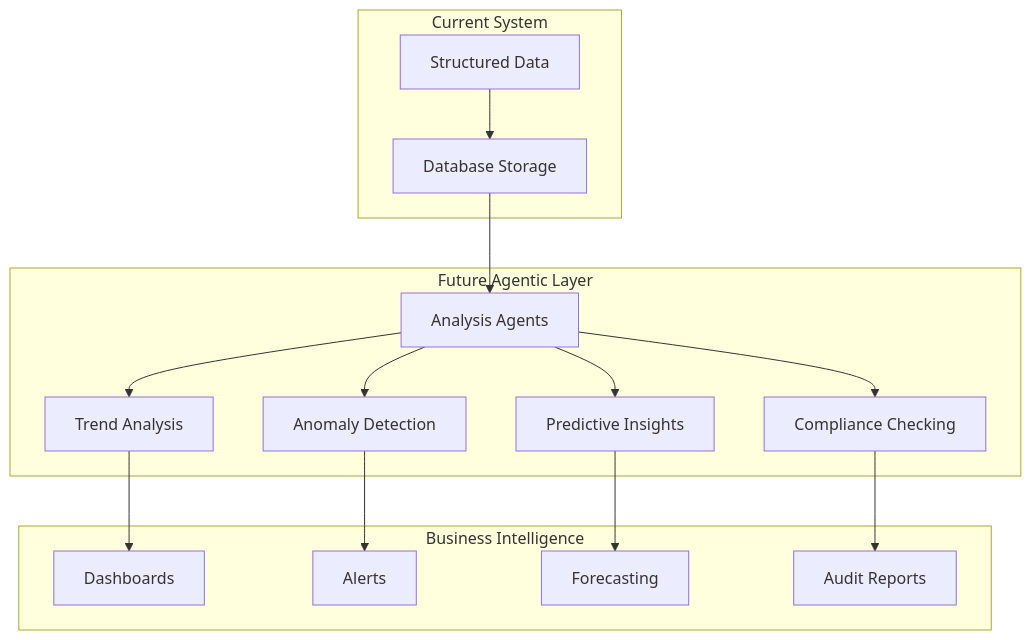
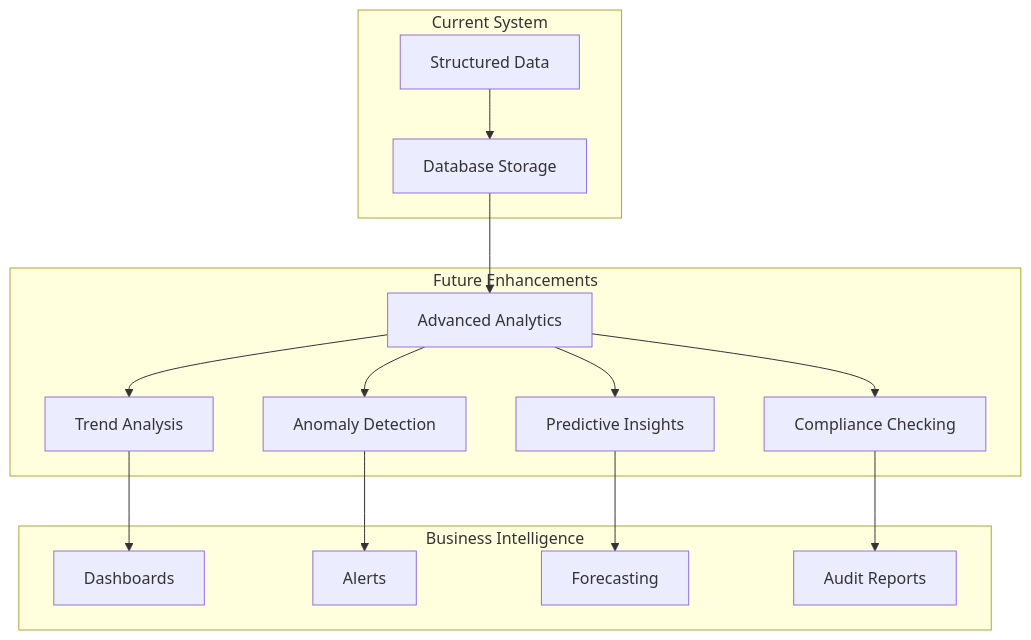
Before and after one commit to h19overflow/scaled_processing: the ninth of 9 diagrams in README.md, drawn with Mermaid. The commit also changed other lines of this file, not shown here.

First line of the commit message:
docs(README): update system overview and architecture details

````diff
--- a/README.md
+++ b/README.md
@@ -420,21 +469,21 @@
 ```mermaid
 graph TB
     subgraph "Current System"
         A[Structured Data] --> B[Database Storage]
     end
 
-    subgraph "Future Agentic Layer"
-        B --> C[Analysis Agents]
+    subgraph "Future Enhancements"
+        B --> C[Advanced Analytics]
         C --> D[Trend Analysis]
         C --> E[Anomaly Detection]
         C --> F[Predictive Insights]
         C --> G[Compliance Checking]
     end
 
     subgraph "Business Intelligence"
         D --> H[Dashboards]
         E --> I[Alerts]
         F --> J[Forecasting]
         G --> K[Audit Reports]
     end
 ```
````
